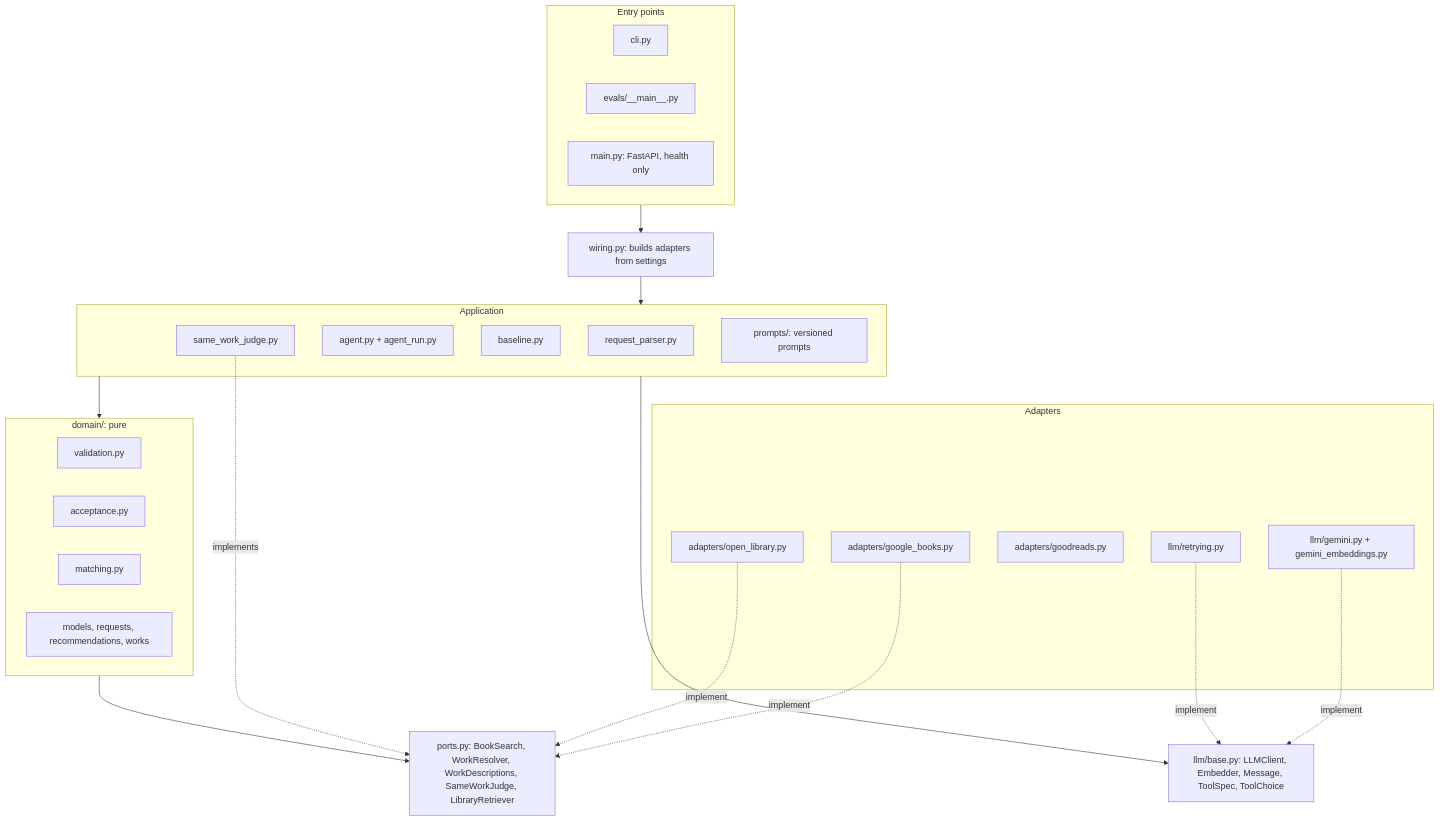
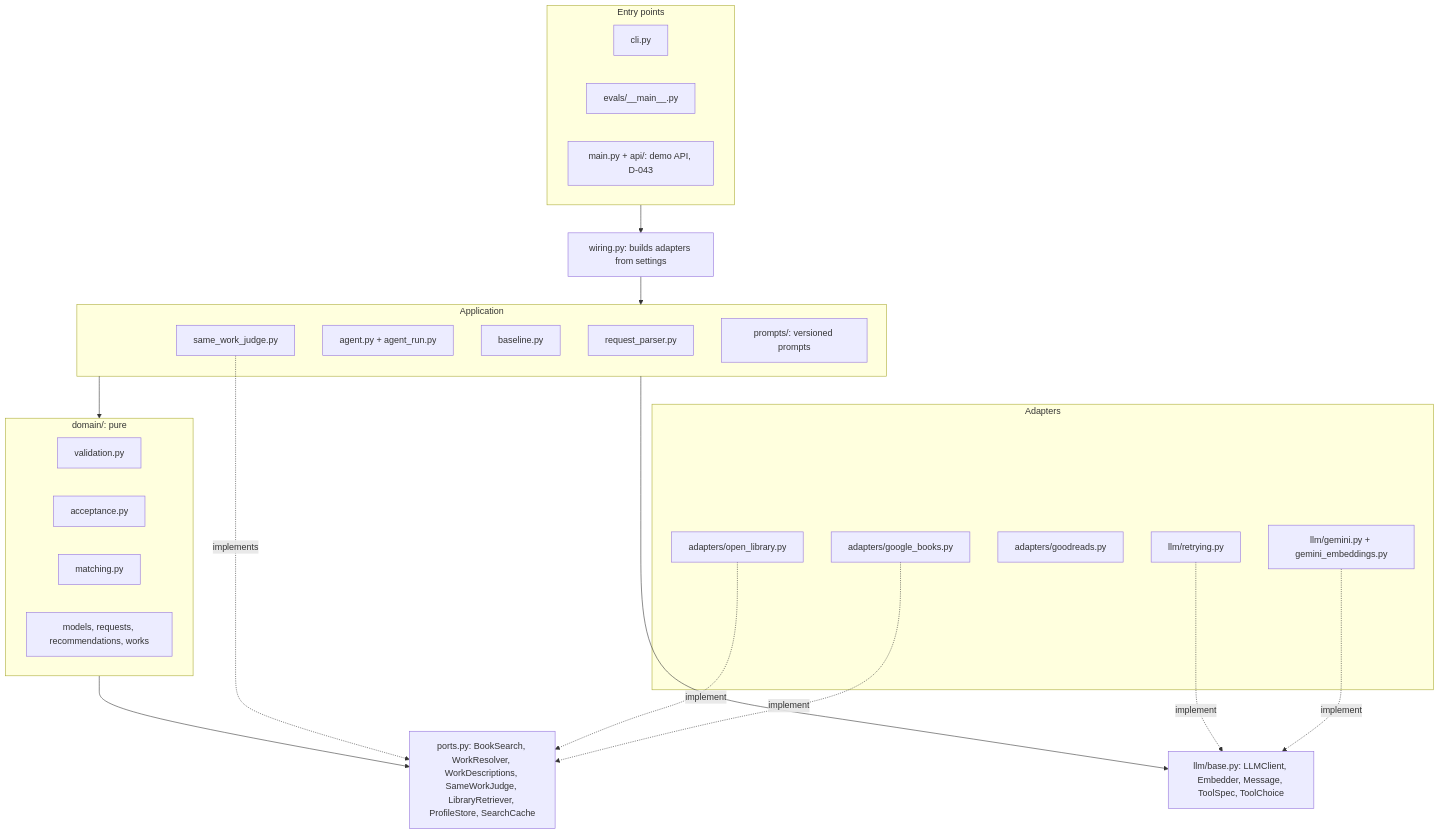
One commit to ezanetta/next-read-agent changed the first of 2 diagrams in docs/ARCHITECTURE.md. Above: the diagram before and after it, drawn with Mermaid. The commit also changed other lines of this file and 3 other files, not shown here.

First line of the commit message:
Export the OpenAPI schema for the UI's types; document the demo API

````diff
--- a/docs/ARCHITECTURE.md
+++ b/docs/ARCHITECTURE.md
@@ -7,38 +7,38 @@
 ```mermaid
 flowchart TB
     subgraph entry[Entry points]
         CLI[cli.py]
         EV[evals/__main__.py]
-        API[main.py: FastAPI, health only]
+        API[main.py + api/: demo API, D-043]
     end
     W[wiring.py: builds adapters from settings]
     subgraph app[Application]
         RP[request_parser.py]
         AG[agent.py + agent_run.py]
         BL[baseline.py]
         SW[same_work_judge.py]
         PR[prompts/: versioned prompts]
     end
     subgraph domain[domain/: pure]
         VAL[validation.py]
         ACC[acceptance.py]
         MAT[matching.py]
         MOD[models, requests, recommendations, works]
     end
-    PORTS[ports.py: BookSearch, WorkResolver, WorkDescriptions, SameWorkJudge, LibraryRetriever]
+    PORTS[ports.py: BookSearch, WorkResolver, WorkDescriptions, SameWorkJudge, LibraryRetriever, ProfileStore, SearchCache]
     LLMB[llm/base.py: LLMClient, Embedder, Message, ToolSpec, ToolChoice]
     subgraph adapters[Adapters]
         GB[adapters/google_books.py]
         OL[adapters/open_library.py]
         GR[adapters/goodreads.py]
         GEM[llm/gemini.py + gemini_embeddings.py]
         RET[llm/retrying.py]
     end
     entry --> W --> app
     app --> domain
     app --> LLMB
     domain --> PORTS
     GB & OL -.implement.-> PORTS
     SW -.implements.-> PORTS
     GEM & RET -.implement.-> LLMB
 ```
````
